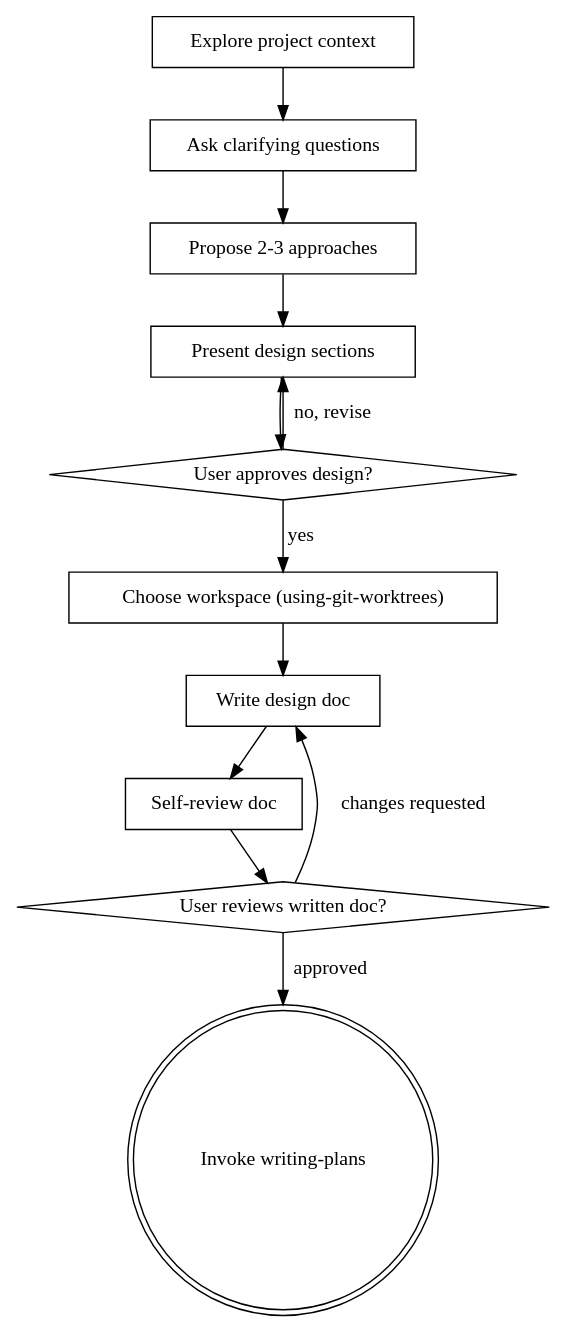
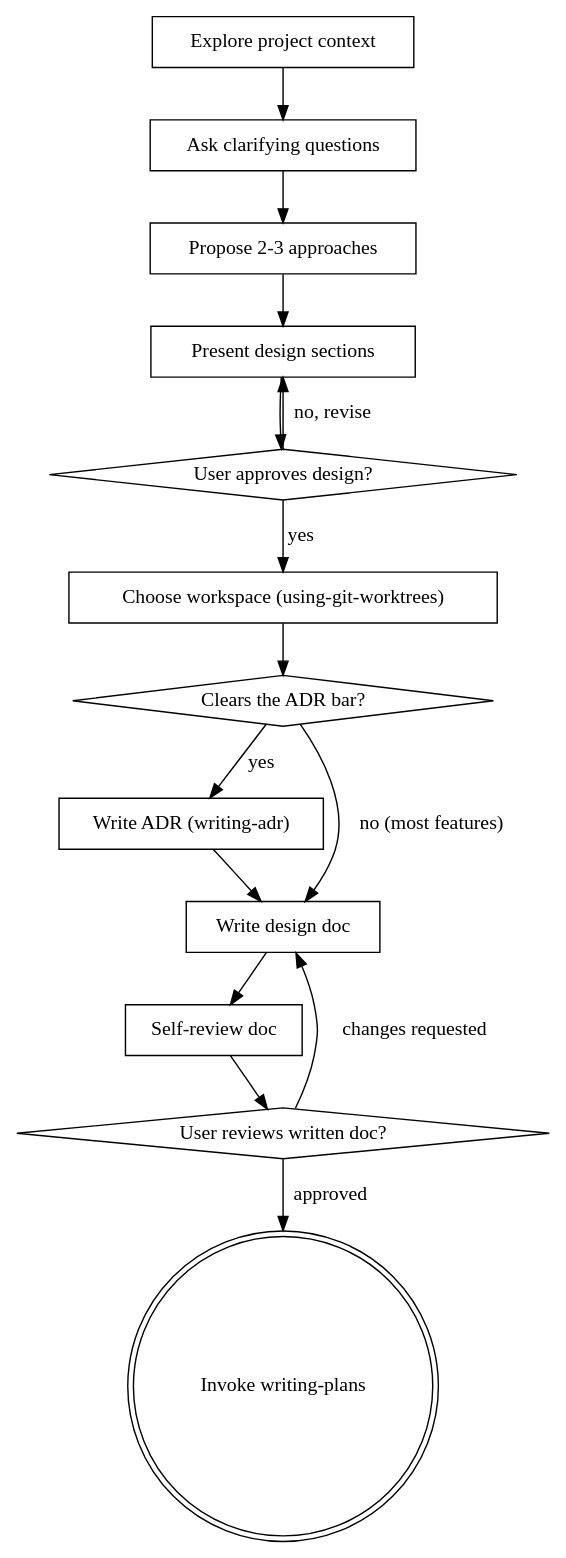
Before and after one commit to pjurczen/playbooks: the diagram in skills/brainstorming/SKILL.md, drawn with Graphviz. The commit also changed other lines of this file and 5 other files, not shown here.

First line of the commit message:
feat(writing-adr): capture ADRs at brainstorming, promote them on landing

````diff
--- a/skills/brainstorming/SKILL.md
+++ b/skills/brainstorming/SKILL.md
@@ -38,26 +39,31 @@
 ```dot
 digraph brainstorming {
     "Explore project context" [shape=box];
     "Ask clarifying questions" [shape=box];
     "Propose 2-3 approaches" [shape=box];
     "Present design sections" [shape=box];
     "User approves design?" [shape=diamond];
     "Choose workspace (using-git-worktrees)" [shape=box];
+    "Clears the ADR bar?" [shape=diamond];
+    "Write ADR (writing-adr)" [shape=box];
     "Write design doc" [shape=box];
     "Self-review doc" [shape=box];
     "User reviews written doc?" [shape=diamond];
     "Invoke writing-plans" [shape=doublecircle];
 
     "Explore project context" -> "Ask clarifying questions";
     "Ask clarifying questions" -> "Propose 2-3 approaches";
     "Propose 2-3 approaches" -> "Present design sections";
     "Present design sections" -> "User approves design?";
     "User approves design?" -> "Present design sections" [label="no, revise"];
     "User approves design?" -> "Choose workspace (using-git-worktrees)" [label="yes"];
-    "Choose workspace (using-git-worktrees)" -> "Write design doc";
+    "Choose workspace (using-git-worktrees)" -> "Clears the ADR bar?";
+    "Clears the ADR bar?" -> "Write ADR (writing-adr)" [label="yes"];
+    "Clears the ADR bar?" -> "Write design doc" [label="no (most features)"];
+    "Write ADR (writing-adr)" -> "Write design doc";
     "Write design doc" -> "Self-review doc";
     "Self-review doc" -> "User reviews written doc?";
     "User reviews written doc?" -> "Write design doc" [label="changes requested"];
     "User reviews written doc?" -> "Invoke writing-plans" [label="approved"];
 }
 ```
````
